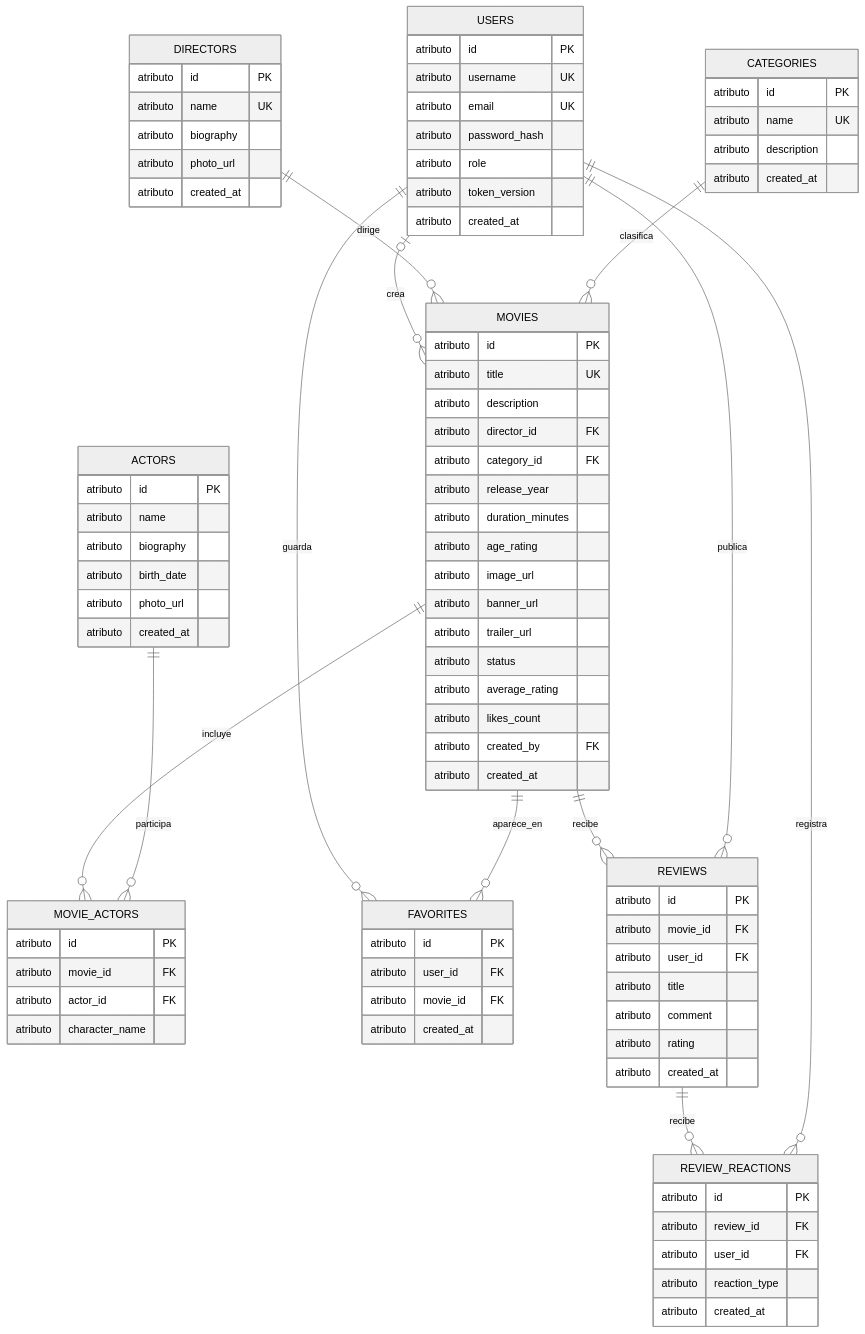
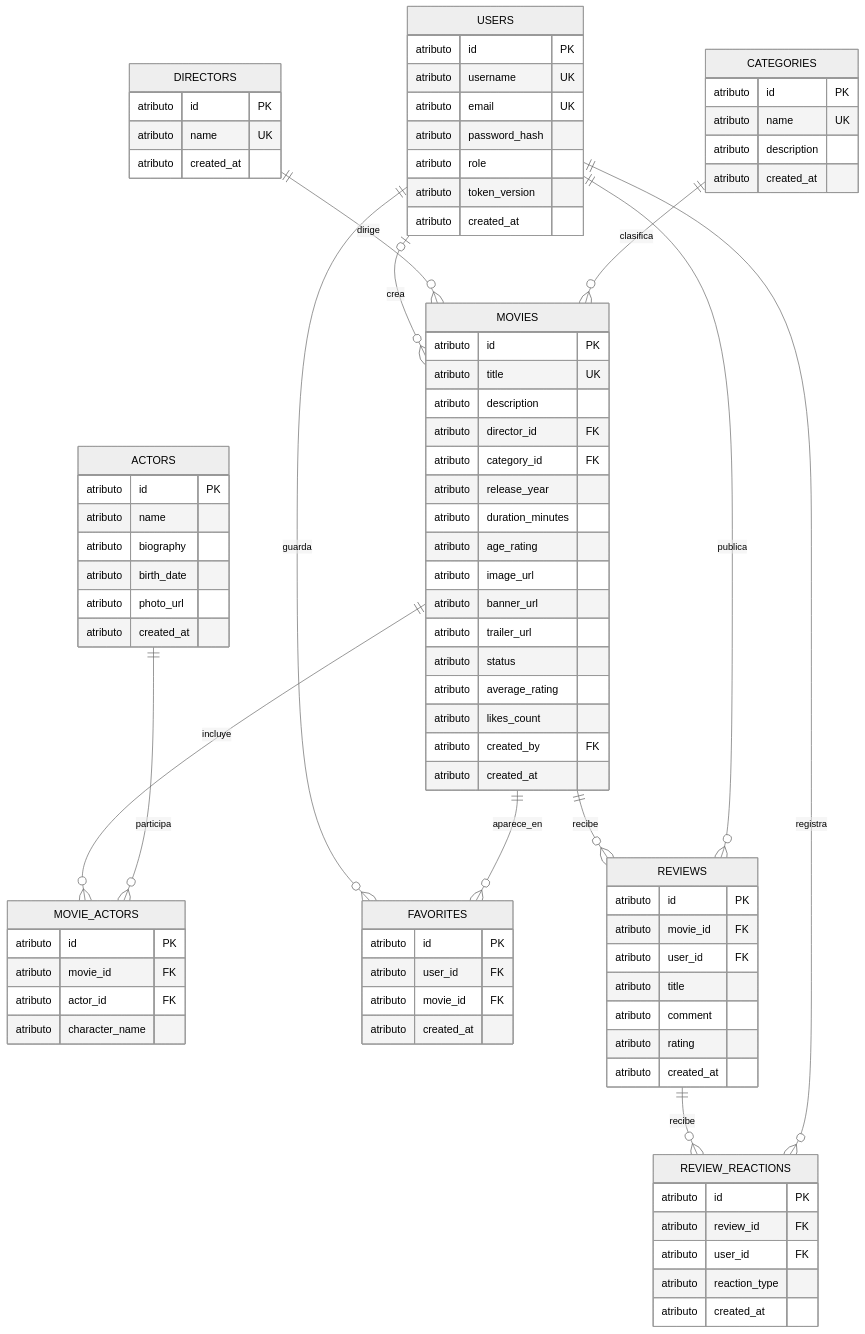
The diagram in database/README.md (Anderson-Oloroso/karenflix-backend), drawn with Mermaid (neutral theme) before and after one commit. The commit also changed other lines of this file and 7 other files, not shown here.

```diff
--- a/database/README.md
+++ b/database/README.md
@@ -57,8 +57,6 @@
     DIRECTORS {
         atributo id PK
         atributo name UK
-        atributo biography
-        atributo photo_url
         atributo created_at
     }
 
```
